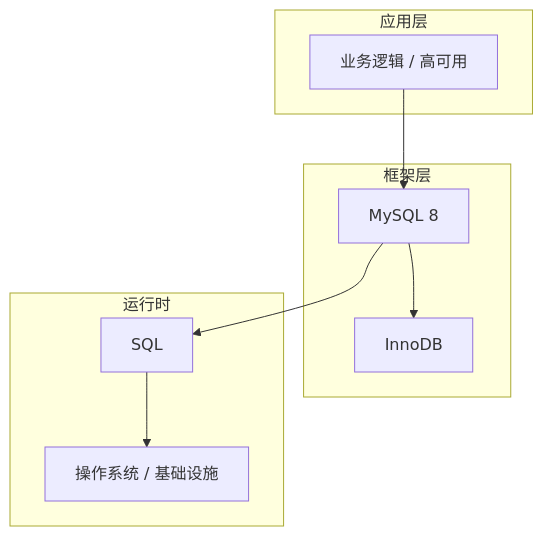
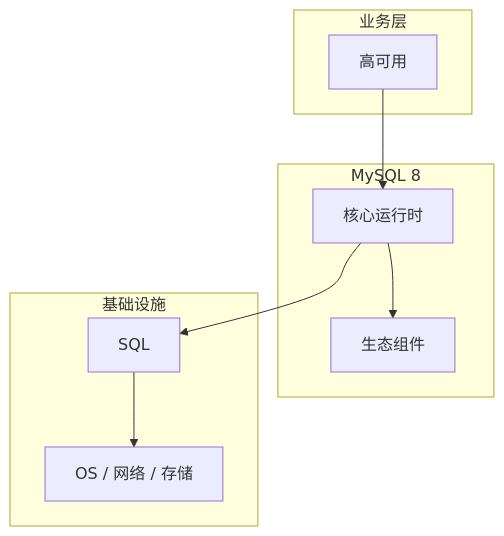
The diagram in articles/MySQL/chapters/141-高可用核心概念与原理.md (yanggan2015/knowledge-json-v2), drawn with Mermaid before and after one commit. The commit also changed other lines of this file and 10127 other files, not shown here.

````diff
--- a/articles/MySQL/chapters/141-高可用核心概念与原理.md
+++ b/articles/MySQL/chapters/141-高可用核心概念与原理.md
@@ -45,18 +34,18 @@
 ```mermaid
 graph TB
-    subgraph 应用层
-        A[业务逻辑 / 高可用]
+    subgraph 业务层
+        A[高可用]
     end
-    subgraph 框架层
-        B[MySQL 8]
-        C[InnoDB]
+    subgraph MySQL 8
+        B[核心运行时]
+        C[生态组件]
     end
-    subgraph 运行时
+    subgraph 基础设施
         D[SQL]
-        E[操作系统 / 基础设施]
+        E[OS / 网络 / 存储]
     end
     A --> B
     B --> C
     B --> D
     D --> E
 ```
````
